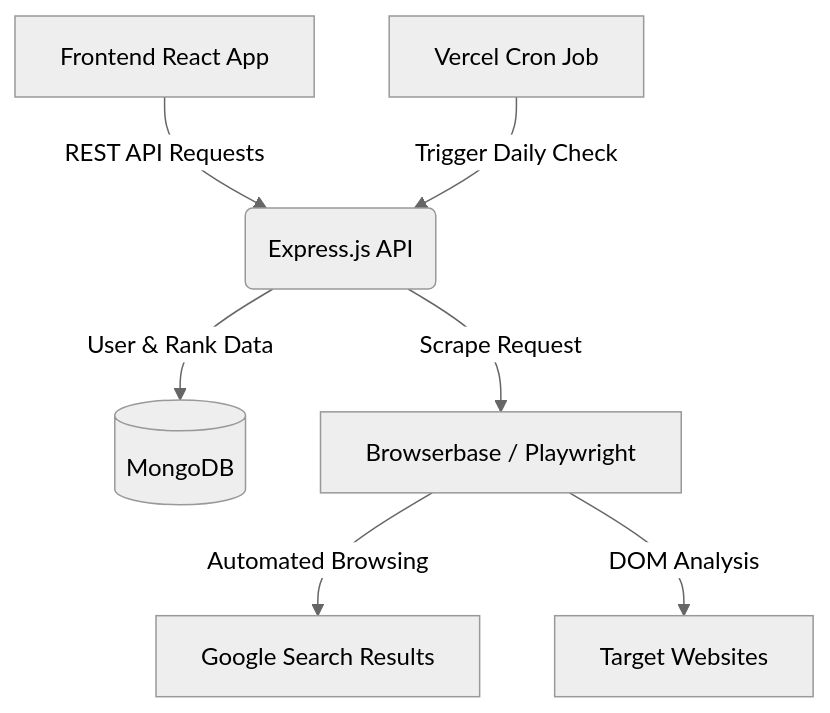
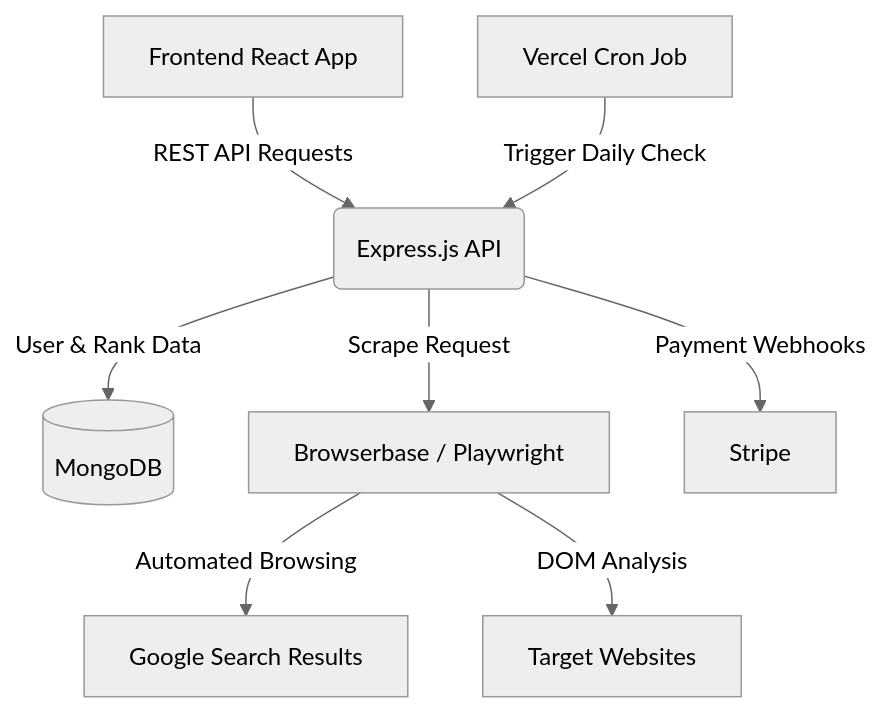
The diagram in README.md (redasalem/seo-rank-server), drawn with Mermaid (neutral theme) before and after one commit. The commit also changed other lines of this file and 1 other file, not shown here.

````diff
--- a/README.md
+++ b/README.md
@@ -29,11 +39,12 @@
 ```mermaid
 graph TD
     A[Frontend React App] -->|REST API Requests| B(Express.js API)
     C[Vercel Cron Job] -->|Trigger Daily Check| B
     
     B -->|User & Rank Data| D[(MongoDB)]
     B -->|Scrape Request| E[Browserbase / Playwright]
+    B -->|Payment Webhooks| H[Stripe]
     
     E -->|Automated Browsing| F[Google Search Results]
     E -->|DOM Analysis| G[Target Websites]
 ```
````
